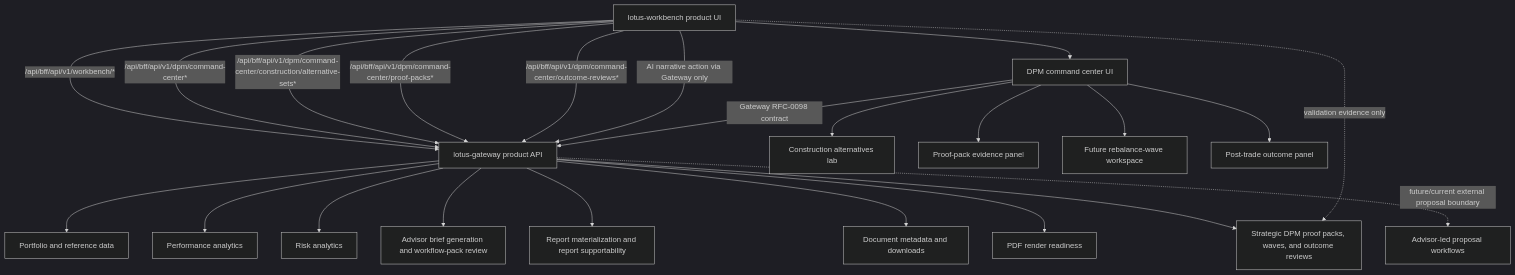
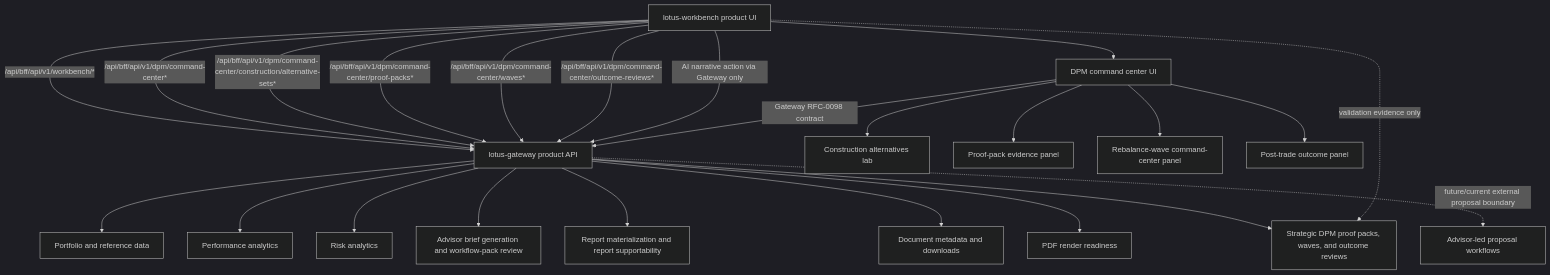
The diagram in wiki/Integrations.md (sgajbi/advisor-workbench), drawn with Mermaid (dark theme) before and after one commit. The commit also changed other lines of this file and 25 other files, not shown here.

Commit message:
Add DPM wave command center workbench

````diff
--- a/wiki/Integrations.md
+++ b/wiki/Integrations.md
@@ -109,42 +113,43 @@
 ```mermaid
 flowchart TB
   Workbench[lotus-workbench product UI]
   Gateway[lotus-gateway product API]
   Core[Portfolio and reference data]
   Performance[Performance analytics]
   Risk[Risk analytics]
   AI[Advisor brief generation and workflow-pack review]
   Report[Report materialization and report supportability]
   Archive[Document metadata and downloads]
   Render[PDF render readiness]
   Manage[Strategic DPM proof packs, waves, and outcome reviews]
   Construction[Construction alternatives lab]
   ProofPacks[Proof-pack evidence panel]
-  Waves[Future rebalance-wave workspace]
+  Waves[Rebalance-wave command-center panel]
   Outcomes[Post-trade outcome panel]
   Advise[Advisor-led proposal workflows]
   DpmCenter[DPM command center UI]
 
   Workbench -->|/api/bff/api/v1/workbench/*| Gateway
   Workbench --> DpmCenter
   Workbench -->|/api/bff/api/v1/dpm/command-center*| Gateway
   Workbench -->|/api/bff/api/v1/dpm/command-center/construction/alternative-sets*| Gateway
   Workbench -->|/api/bff/api/v1/dpm/command-center/proof-packs*| Gateway
+  Workbench -->|/api/bff/api/v1/dpm/command-center/waves*| Gateway
   Workbench -->|/api/bff/api/v1/dpm/command-center/outcome-reviews*| Gateway
   Workbench -->|AI narrative action via Gateway only| Gateway
   DpmCenter --> Waves
   DpmCenter --> Construction
   DpmCenter --> ProofPacks
   DpmCenter --> Outcomes
   DpmCenter -->|Gateway RFC-0098 contract| Gateway
   Gateway --> Core
   Gateway --> Performance
   Gateway --> Risk
   Gateway --> AI
   Gateway --> Report
   Gateway --> Archive
   Gateway --> Render
   Gateway --> Manage
   Gateway -. future/current external proposal boundary .-> Advise
   Workbench -. validation evidence only .-> Manage
 ```
````
